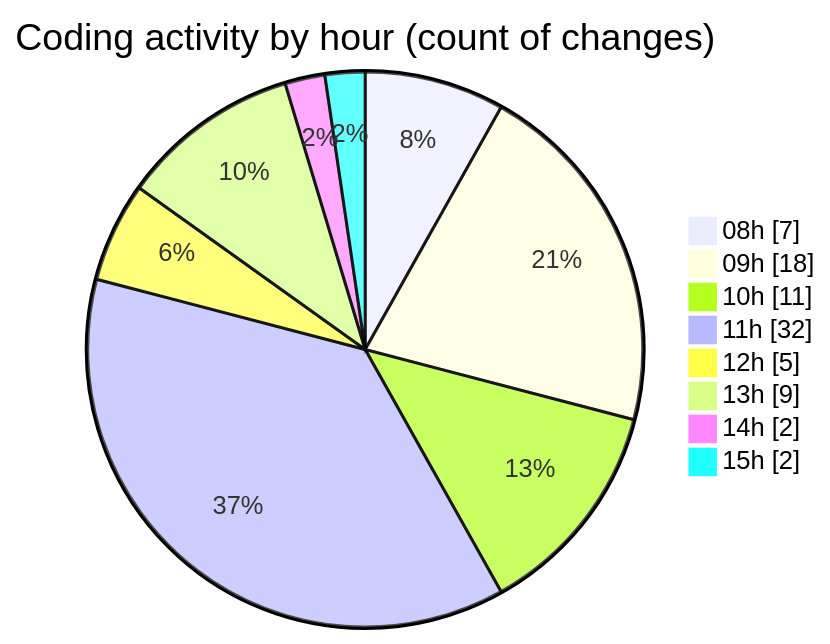
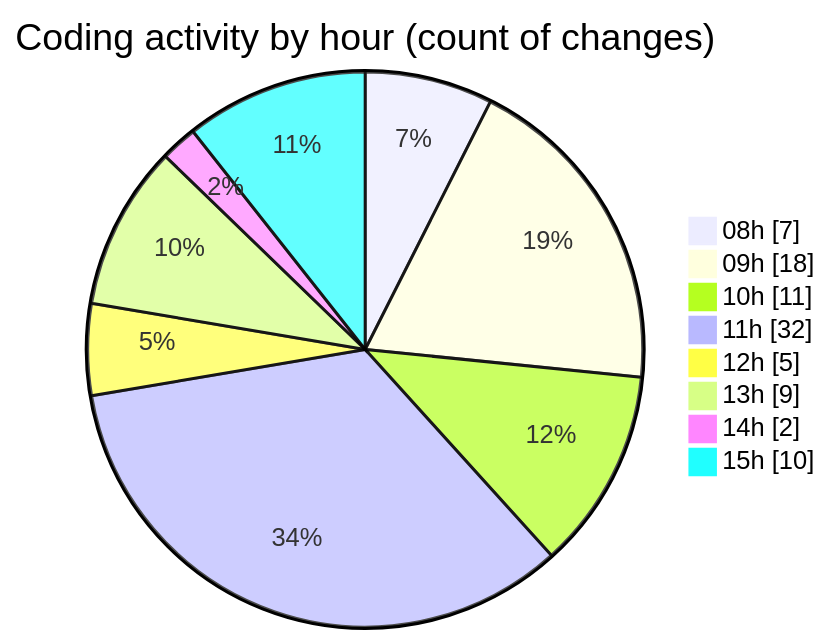
One commit to momahboobian/code-tracking changed the second of 2 diagrams in 2025-11-11/cda/README.md. Above: the diagram before and after it, drawn with Mermaid. The commit also changed other lines of this file and 1 other file, not shown here.

````diff
--- a/2025-11-11/cda/README.md
+++ b/2025-11-11/cda/README.md
@@ -42,12 +43,12 @@
 ```mermaid
 pie showData
 title Coding activity by hour (count of changes)
 "08h" : 7
 "09h" : 18
 "10h" : 11
 "11h" : 32
 "12h" : 5
 "13h" : 9
 "14h" : 2
-"15h" : 2
+"15h" : 10
 ```
````
